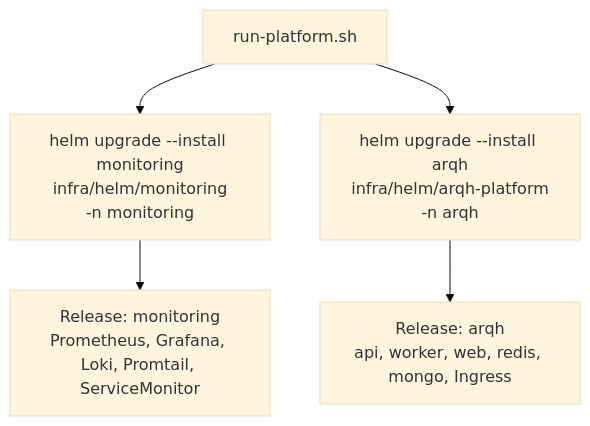
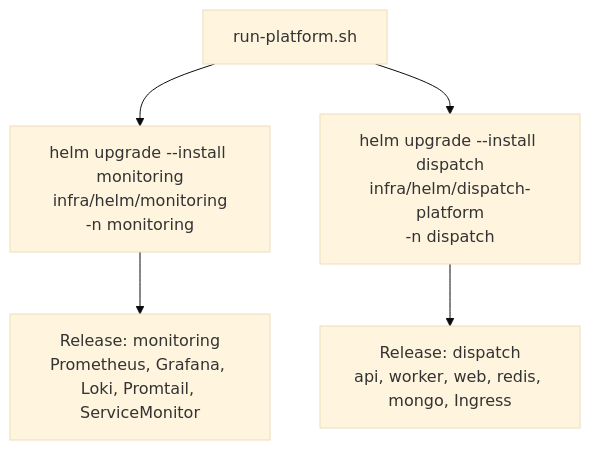
The eighth of 12 diagrams in README.md (eqan/Scalable-Fleet-Dispatcher), drawn with Mermaid (base theme) before and after one commit. The commit also changed other lines of this file and 75 other files, not shown here.

````diff
--- a/README.md
+++ b/README.md
@@ -472,8 +472,8 @@
 ```mermaid
 flowchart TB
   BOOT["run-platform.sh"] --> DEP["helm upgrade --install monitoring<br/>infra/helm/monitoring<br/>-n monitoring"]
-  BOOT --> APP["helm upgrade --install arqh<br/>infra/helm/arqh-platform<br/>-n arqh"]
+  BOOT --> APP["helm upgrade --install dispatch<br/>infra/helm/dispatch-platform<br/>-n dispatch"]
 
   DEP --> M["Release: monitoring<br/>Prometheus, Grafana, Loki, Promtail, ServiceMonitor"]
-  APP --> A["Release: arqh<br/>api, worker, web, redis, mongo, Ingress"]
+  APP --> A["Release: dispatch<br/>api, worker, web, redis, mongo, Ingress"]
 ```
````
